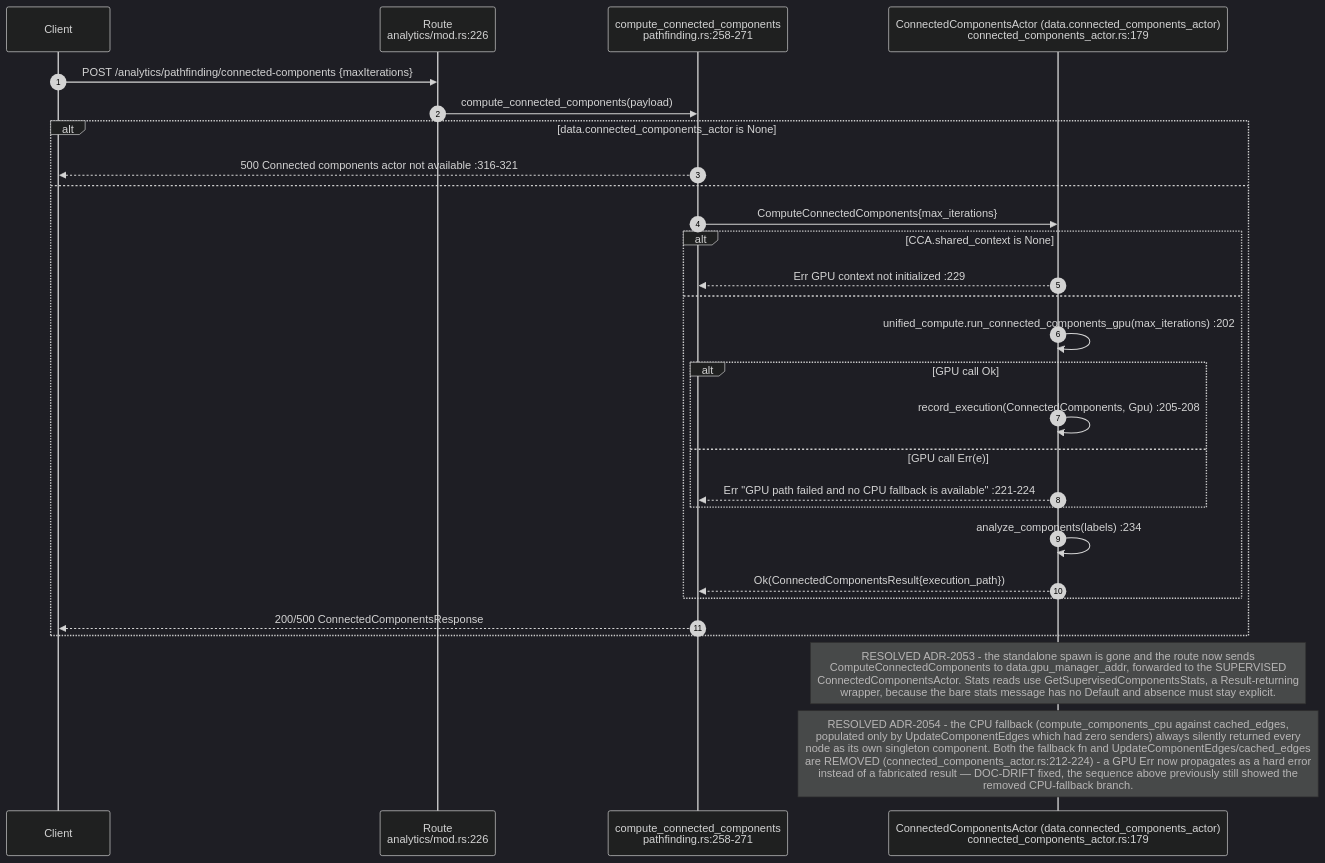
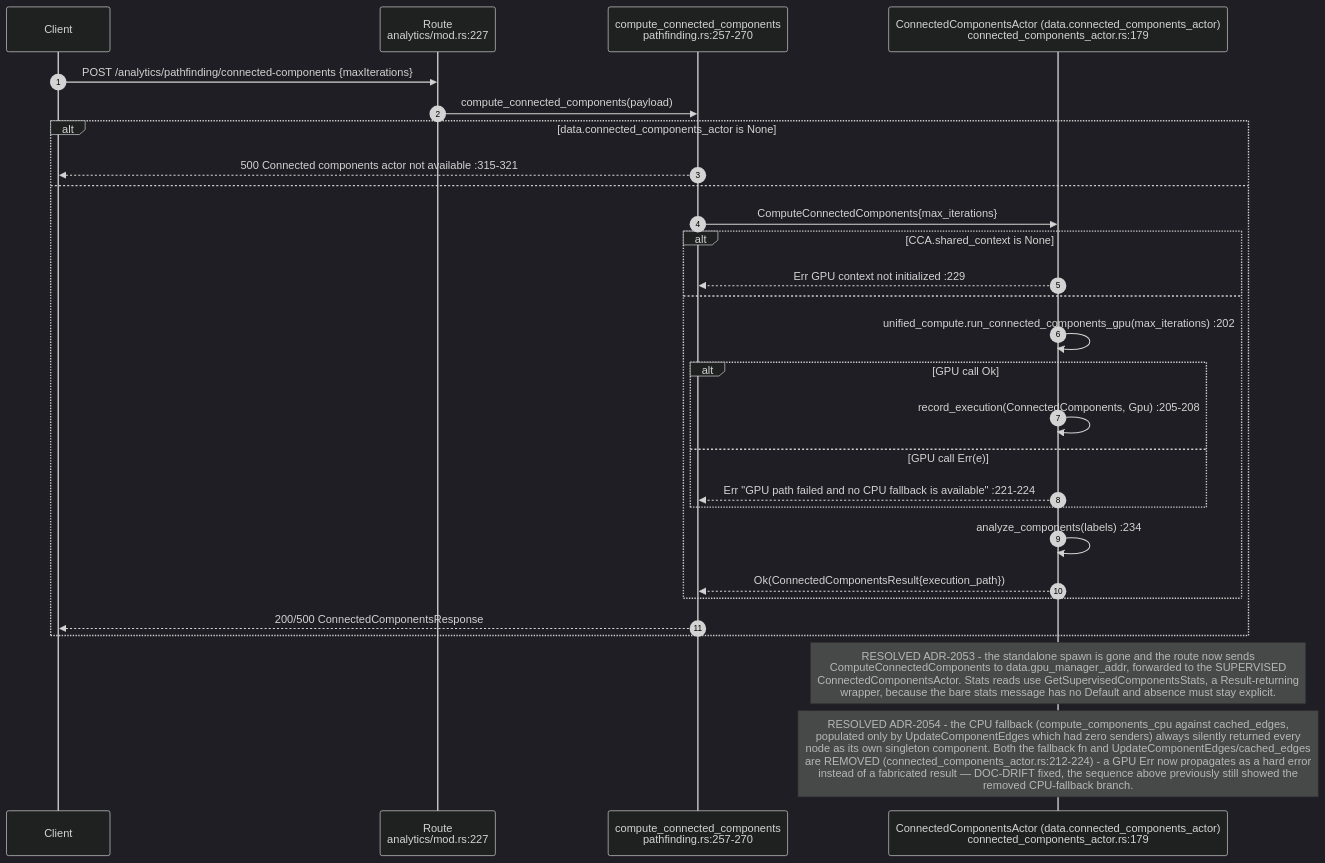
The eighth of 12 diagrams in docs/diagrams/visionclaw/15-gpu-analytics.md (DreamLab-AI/VisionFlow), drawn with Mermaid (dark theme) before and after one commit. The commit also changed other lines of this file and 160 other files, not shown here.

````diff
--- a/docs/diagrams/visionclaw/15-gpu-analytics.md
+++ b/docs/diagrams/visionclaw/15-gpu-analytics.md
@@ -389,31 +389,31 @@
 ```mermaid
 sequenceDiagram
     autonumber
     participant C as Client
-    participant RT as Route<br/>analytics/mod.rs:226
-    participant CC as compute_connected_components<br/>pathfinding.rs:258-271
+    participant RT as Route<br/>analytics/mod.rs:227
+    participant CC as compute_connected_components<br/>pathfinding.rs:257-270
     participant CCA as ConnectedComponentsActor (data.connected_components_actor)<br/>connected_components_actor.rs:179
 
     C->>RT: POST /analytics/pathfinding/connected-components {maxIterations}
     RT->>CC: compute_connected_components(payload)
     alt data.connected_components_actor is None
-        CC-->>C: 500 Connected components actor not available :316-321
+        CC-->>C: 500 Connected components actor not available :315-321
     else
         CC->>CCA: ComputeConnectedComponents{max_iterations}
         alt CCA.shared_context is None
             CCA-->>CC: Err GPU context not initialized :229
         else
             CCA->>CCA: unified_compute.run_connected_components_gpu(max_iterations) :202
             alt GPU call Ok
                 CCA->>CCA: record_execution(ConnectedComponents, Gpu) :205-208
             else GPU call Err(e)
                 CCA-->>CC: Err "GPU path failed and no CPU fallback is available" :221-224
             end
             CCA->>CCA: analyze_components(labels) :234
             CCA-->>CC: Ok(ConnectedComponentsResult{execution_path})
         end
         CC-->>C: 200/500 ConnectedComponentsResponse
     end
     Note over CCA: RESOLVED ADR-2053 - the standalone spawn is gone and the route now sends<br/>ComputeConnectedComponents to data.gpu_manager_addr, forwarded to the SUPERVISED<br/>ConnectedComponentsActor. Stats reads use GetSupervisedComponentsStats, a Result-returning<br/>wrapper, because the bare stats message has no Default and absence must stay explicit.
     Note over CCA: RESOLVED ADR-2054 - the CPU fallback (compute_components_cpu against cached_edges,<br/>populated only by UpdateComponentEdges which had zero senders) always silently returned every<br/>node as its own singleton component. Both the fallback fn and UpdateComponentEdges/cached_edges<br/>are REMOVED (connected_components_actor.rs:212-224) - a GPU Err now propagates as a hard error<br/>instead of a fabricated result — DOC-DRIFT fixed, the sequence above previously still showed the<br/>removed CPU-fallback branch.
 ```
````
